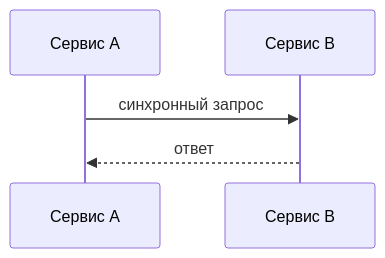
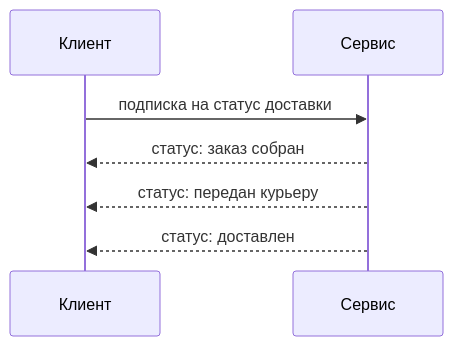
The fourth of 10 diagrams in lectures/Lec10/vitepress.md (Kert0n/KPO), drawn with Mermaid before and after one commit. The commit also changed other lines of this file and 9 other files, not shown here.

````diff
--- a/lectures/Lec10/vitepress.md
+++ b/lectures/Lec10/vitepress.md
@@ -135,7 +149,9 @@
 ```mermaid
 sequenceDiagram
-    participant A as Сервис A
-    participant B as Сервис B
-    A->>B: синхронный запрос
-    B-->>A: ответ
+    participant Client as Клиент
+    participant Service as Сервис
+    Client->>Service: подписка на статус доставки
+    Service-->>Client: статус: заказ собран
+    Service-->>Client: статус: передан курьеру
+    Service-->>Client: статус: доставлен
 ```
````
